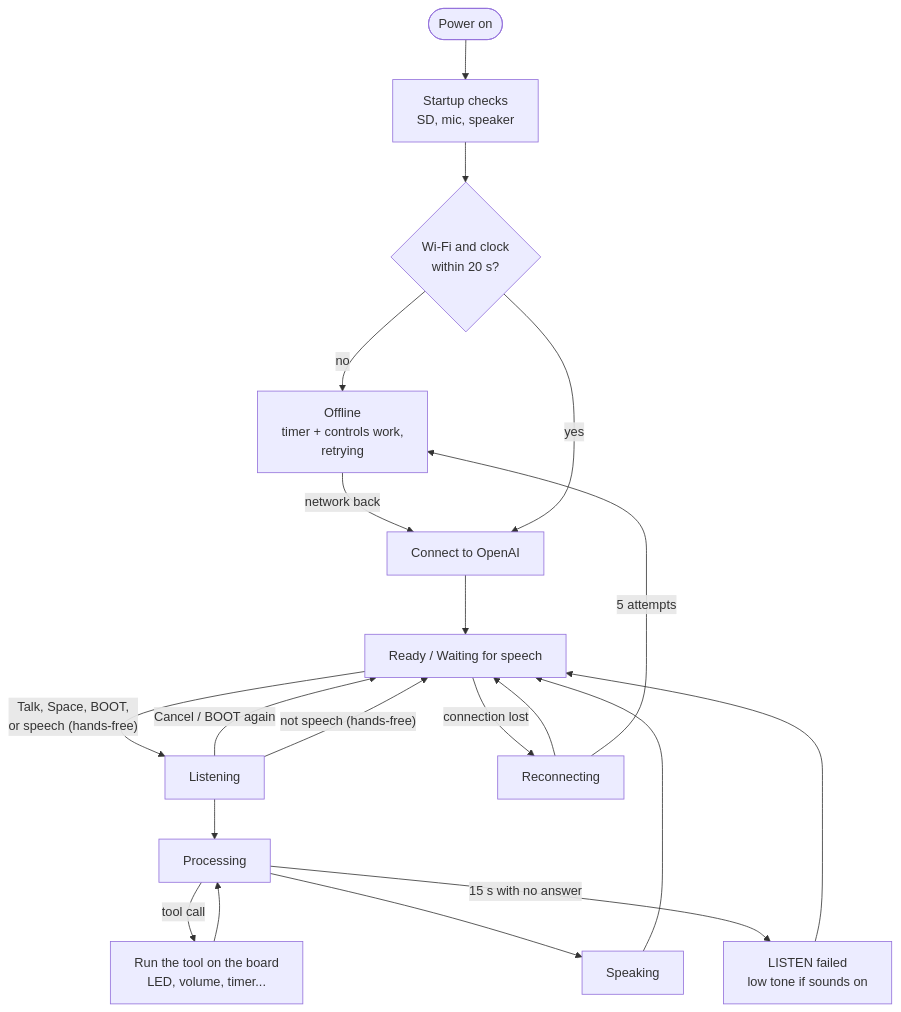
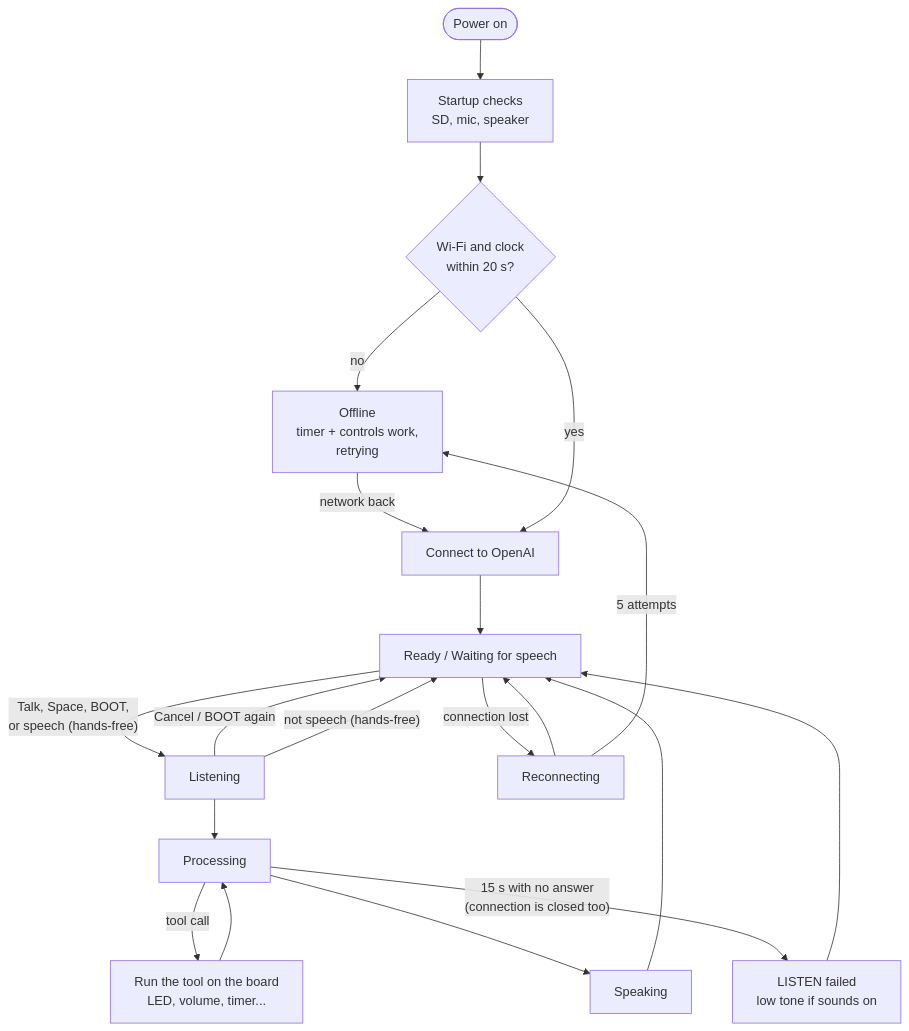
One commit to tomer-gilan/Technion_Voice_Assistant_Summer_2026_A2 changed the third of 3 diagrams in Documentation/architecture.md. Above: the diagram before and after it, drawn with Mermaid. The commit also changed other lines of this file and 2 other files, not shown here.

First line of the commit message:
Docs: describe the new connection and Talk behavior

````diff
--- a/Documentation/architecture.md
+++ b/Documentation/architecture.md
@@ -145,22 +146,22 @@
 ```mermaid
 flowchart TD
   ON([Power on]) --> CHECKS[Startup checks<br/>SD, mic, speaker]
   CHECKS --> NET{Wi-Fi and clock<br/>within 20 s?}
   NET -- no --> OFF[Offline<br/>timer + controls work,<br/>retrying]
   OFF -- network back --> CONNECT
   NET -- yes --> CONNECT[Connect to OpenAI]
   CONNECT --> READY[Ready / Waiting for speech]
   READY -- "Talk, Space, BOOT,<br/>or speech (hands-free)" --> LISTEN[Listening]
   LISTEN -- "Cancel / BOOT again" --> READY
   LISTEN -- "not speech (hands-free)" --> READY
   LISTEN --> PROC[Processing]
   PROC -- "tool call" --> TOOL[Run the tool on the board<br/>LED, volume, timer...]
   TOOL --> PROC
   PROC --> SPEAK[Speaking]
-  PROC -- "15 s with no answer" --> FAIL[LISTEN failed<br/>low tone if sounds on]
+  PROC -- "15 s with no answer<br/>(connection is closed too)" --> FAIL[LISTEN failed<br/>low tone if sounds on]
   FAIL --> READY
   SPEAK --> READY
   READY -- "connection lost" --> RECON[Reconnecting]
   RECON --> READY
   RECON -- "5 attempts" --> OFF
 ```
````
